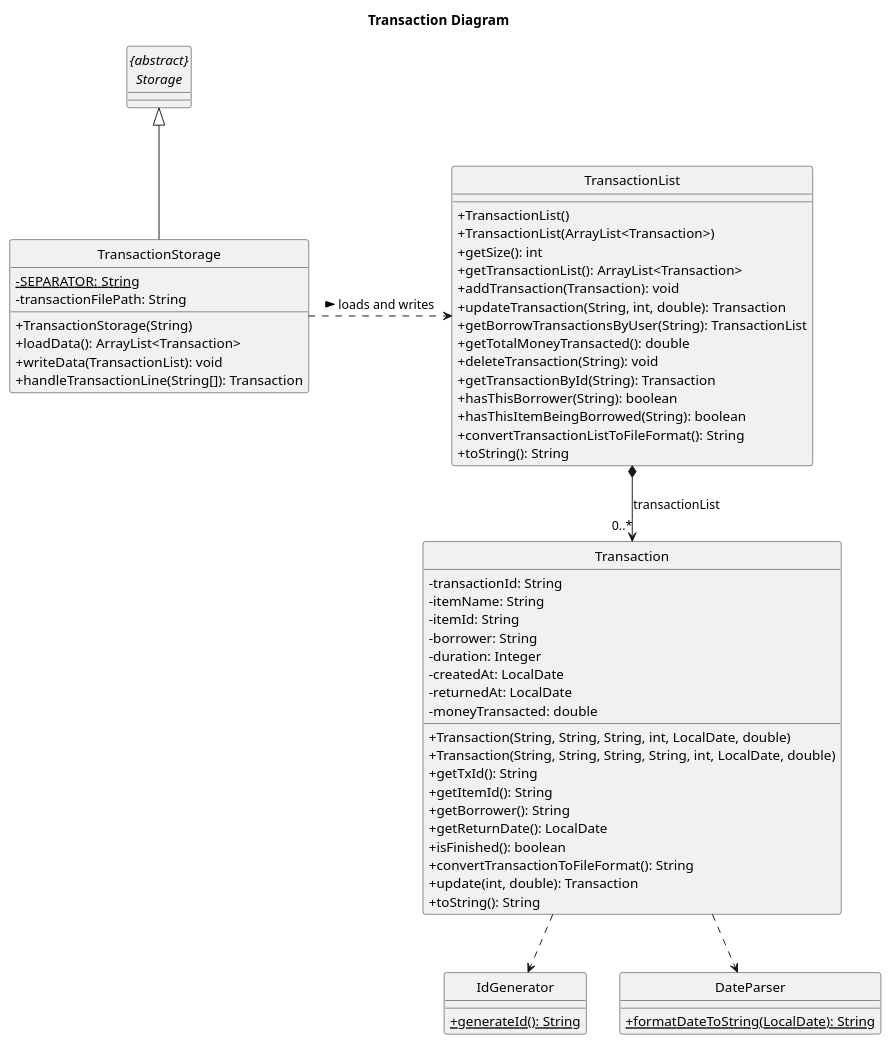
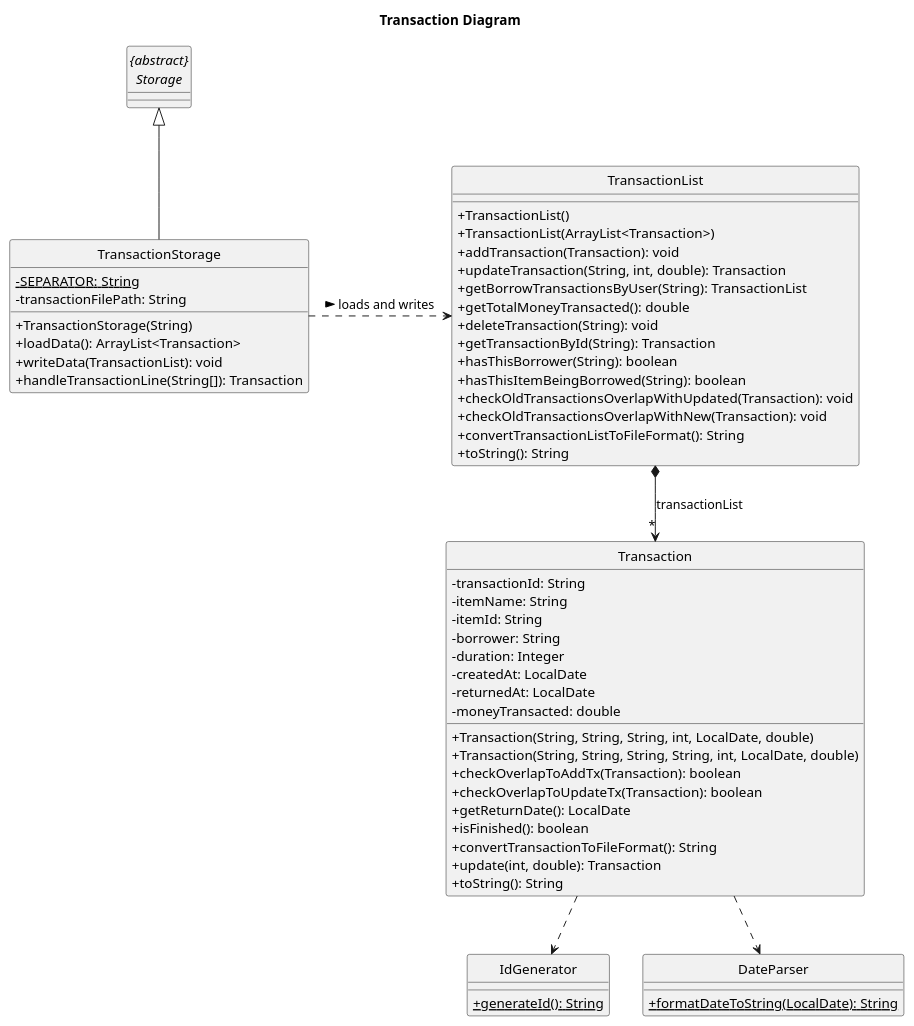
Before and after one commit to nus-cs2113-AY2223S1/tp: the diagram in docs/diagrams/transaction/TransactionClass.puml, drawn with PlantUML. The commit also changed 16 other files, not shown here.

Commit message:
Simplify Sequence diagram and fix class diagram

```diff
--- a/docs/diagrams/transaction/TransactionClass.puml
+++ b/docs/diagrams/transaction/TransactionClass.puml
@@ -1,73 +1,72 @@
 @startuml
 title Transaction Diagram
 
 skinparam classAttributeIconSize 0
 hide footbox
 hide circle
 
 class Transaction {
     - transactionId: String
     - itemName: String
     - itemId: String
     - borrower: String
     - duration: Integer
     - createdAt: LocalDate
     - returnedAt: LocalDate
     - moneyTransacted: double
 
     + Transaction(String, String, String, int, LocalDate, double)
     + Transaction(String, String, String, String, int, LocalDate, double)
-    + getTxId(): String
-    + getItemId(): String
-    + getBorrower(): String
+    + checkOverlapToAddTx(Transaction): boolean
+    + checkOverlapToUpdateTx(Transaction): boolean
     + getReturnDate(): LocalDate
     + isFinished(): boolean
     + convertTransactionToFileFormat(): String
     + update(int, double): Transaction
     + toString(): String
 }
 
 class TransactionList {
     + TransactionList()
     + TransactionList(ArrayList<Transaction>)
-    + getSize(): int
-    + getTransactionList(): ArrayList<Transaction>
     + addTransaction(Transaction): void
     + updateTransaction(String, int, double): Transaction
     + getBorrowTransactionsByUser(String): TransactionList
     + getTotalMoneyTransacted(): double
     + deleteTransaction(String): void
     + getTransactionById(String): Transaction
     + hasThisBorrower(String): boolean
     + hasThisItemBeingBorrowed(String): boolean
+    + checkOldTransactionsOverlapWithUpdated(Transaction): void
+    + checkOldTransactionsOverlapWithNew(Transaction): void
     + convertTransactionListToFileFormat(): String
     + toString(): String
 }
 
 class TransactionStorage {
     {static} - SEPARATOR: String
     - transactionFilePath: String
     + TransactionStorage(String)
     + loadData(): ArrayList<Transaction>
     + writeData(TransactionList): void
     + handleTransactionLine(String[]): Transaction
 }
 
 class IdGenerator {
     {static} + generateId(): String
 }
 
 abstract class "{abstract}\nStorage" {
 }
 
 class DateParser {
     {static} + formatDateToString(LocalDate): String
 }
 
 TransactionStorage .> TransactionList : > loads and writes
-TransactionList *--> "0..*" Transaction: transactionList
+TransactionList *--> "*" Transaction: transactionList
 Transaction ..> IdGenerator
 Transaction ..> DateParser
 "{abstract}\nStorage" <|-- TransactionStorage
 
 @enduml
```
